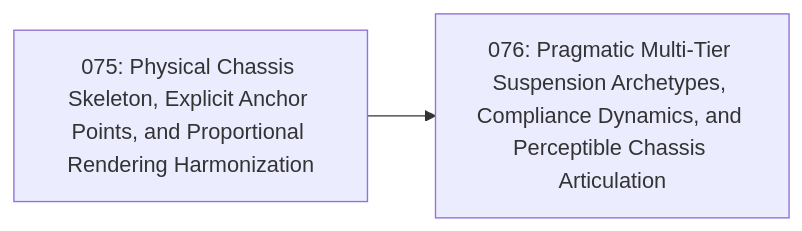
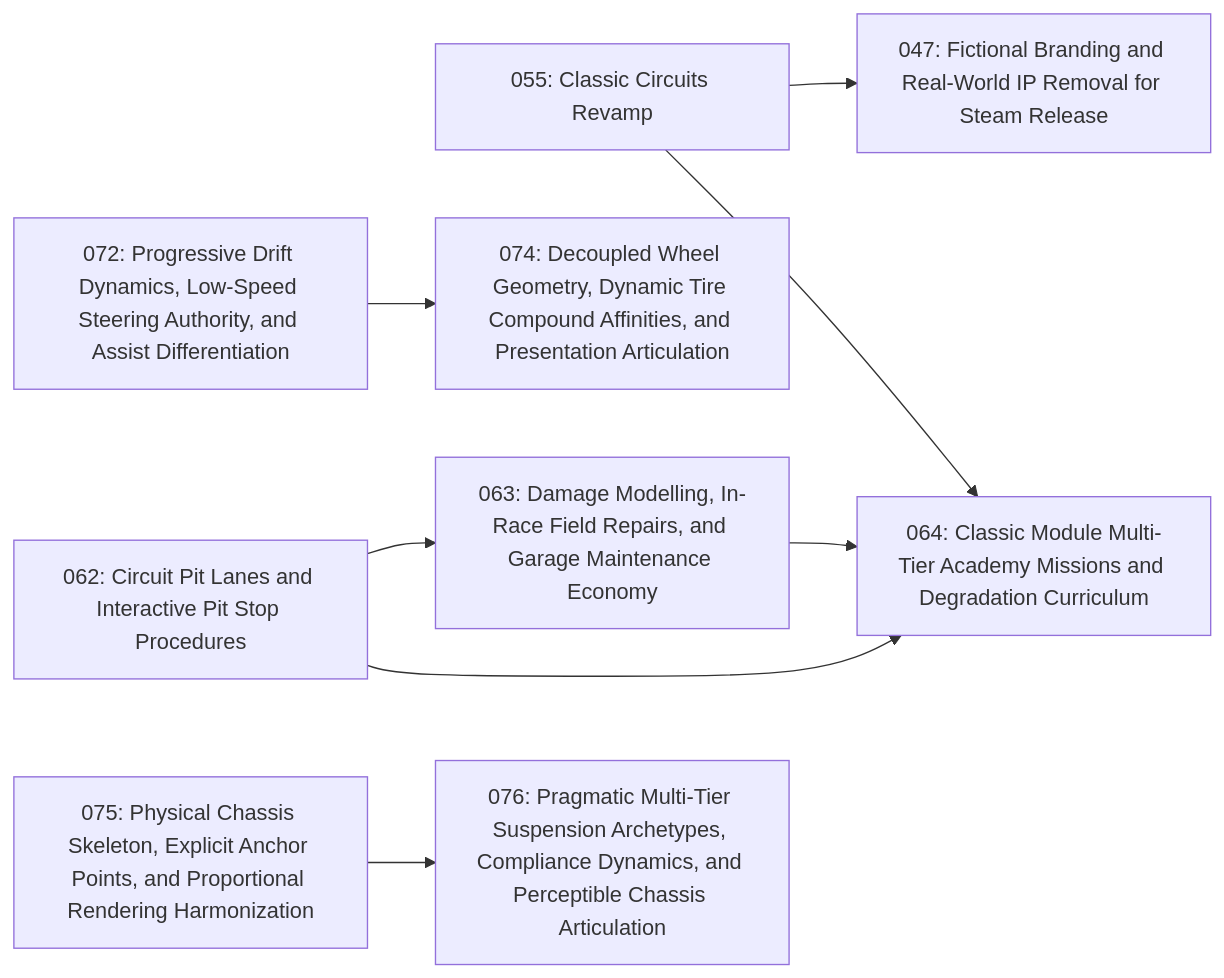
One commit to magomar/tdrace changed the diagram in specs/index.md. Above: the diagram before and after it, drawn with Mermaid. The commit also changed other lines of this file and 5 other files, not shown here.

Commit message:
docs(governance): declare explicit epic dependencies and sync roadmap

````diff
--- a/specs/index.md
+++ b/specs/index.md
@@ -102,6 +103,19 @@
 ```mermaid
 flowchart LR
+    047["047: Fictional Branding and Real-World IP Removal for Steam Release"]
+    055["055: Classic Circuits Revamp"]
+    062["062: Circuit Pit Lanes and Interactive Pit Stop Procedures"]
+    063["063: Damage Modelling, In-Race Field Repairs, and Garage Maintenance Economy"]
+    064["064: Classic Module Multi-Tier Academy Missions and Degradation Curriculum"]
+    072["072: Progressive Drift Dynamics, Low-Speed Steering Authority, and Assist Differentiation"]
+    074["074: Decoupled Wheel Geometry, Dynamic Tire Compound Affinities, and Presentation Articulation"]
     075["075: Physical Chassis Skeleton, Explicit Anchor Points, and Proportional Rendering Harmonization"]
     076["076: Pragmatic Multi-Tier Suspension Archetypes, Compliance Dynamics, and Perceptible Chassis Articulation"]
+    055 --> 047
+    062 --> 063
+    055 --> 064
+    062 --> 064
+    063 --> 064
+    072 --> 074
     075 --> 076
 ```
````
